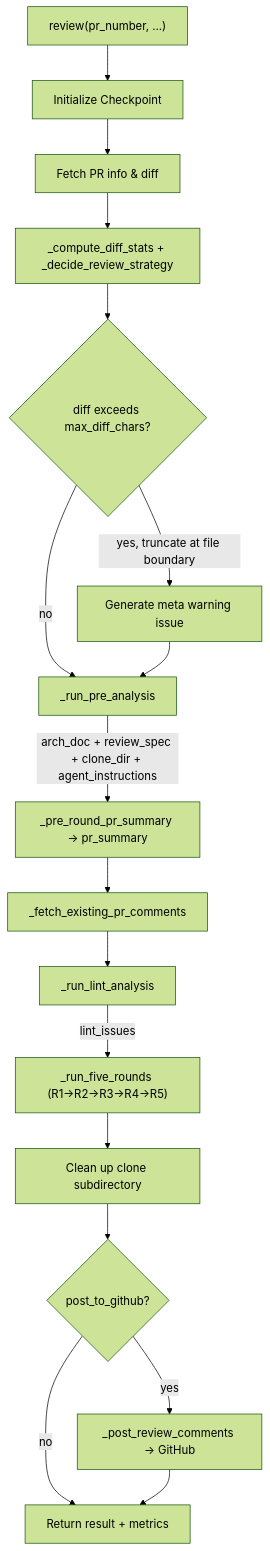
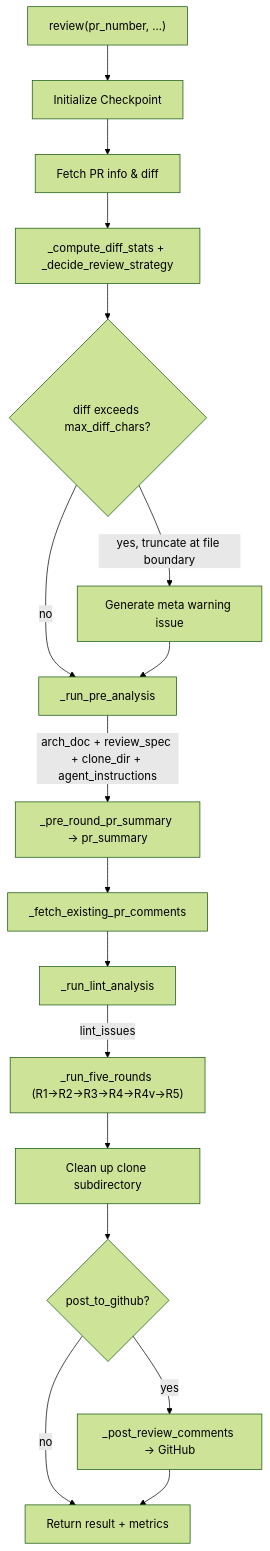
The diagram in docs/en/Best Practice/git_review_pipeline.md (LazyAGI/LazyLLM), drawn with Mermaid (forest theme) before and after one commit. The commit also changed other lines of this file and 4 other files, not shown here.

````diff
--- a/docs/en/Best Practice/git_review_pipeline.md
+++ b/docs/en/Best Practice/git_review_pipeline.md
@@ -26,19 +26,19 @@
 ```mermaid
 flowchart TD
     A["review(pr_number, ...)"] --> B[Initialize Checkpoint]
     B --> C[Fetch PR info & diff]
     C --> D["_compute_diff_stats + _decide_review_strategy"]
     D --> E{diff exceeds max_diff_chars?}
     E -->|yes, truncate at file boundary| F[Generate meta warning issue]
     E -->|no| G[_run_pre_analysis]
     F --> G
     G -->|arch_doc + review_spec + clone_dir + agent_instructions| H["_pre_round_pr_summary → pr_summary"]
     H --> I[_fetch_existing_pr_comments]
     I --> J[_run_lint_analysis]
-    J -->|lint_issues| K["_run_five_rounds (R1→R2→R3→R4→R5)"]
+    J -->|lint_issues| K["_run_five_rounds (R1→R2→R3→R4→R4v→R5)"]
     K --> L[Clean up clone subdirectory]
     L --> M{post_to_github?}
     M -->|yes| N[_post_review_comments → GitHub]
     M -->|no| O[Return result + metrics]
     N --> O
 ```
````
